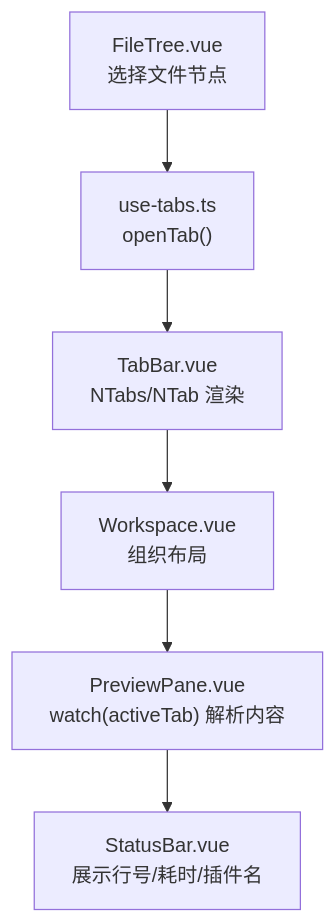
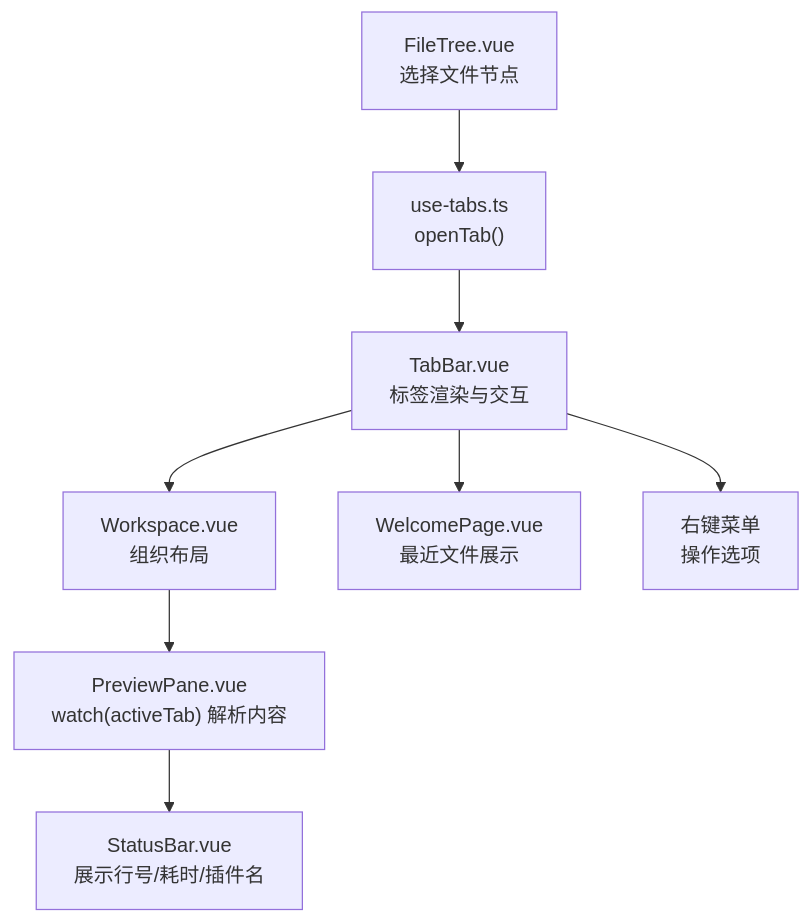
Before and after one commit to taoweidong/Hello-Tauri: the first of 7 diagrams in .qoder/repowiki/zh/content/用户界面/核心组件/工作区组件/标签栏组件.md, drawn with Mermaid. The commit also changed other lines of this file and 67 other files, not shown here.

````diff
--- a/.qoder/repowiki/zh/content/用户界面/核心组件/工作区组件/标签栏组件.md
+++ b/.qoder/repowiki/zh/content/用户界面/核心组件/工作区组件/标签栏组件.md
@@ -49,8 +64,10 @@
 ```mermaid
 graph TB
 A["FileTree.vue<br/>选择文件节点"] --> B["use-tabs.ts<br/>openTab()"]
-B --> C["TabBar.vue<br/>NTabs/NTab 渲染"]
+B --> C["TabBar.vue<br/>标签渲染与交互"]
 C --> D["Workspace.vue<br/>组织布局"]
 D --> E["PreviewPane.vue<br/>watch(activeTab) 解析内容"]
 E --> F["StatusBar.vue<br/>展示行号/耗时/插件名"]
+C --> G["WelcomePage.vue<br/>最近文件展示"]
+C --> H["右键菜单<br/>操作选项"]
 ```
````
